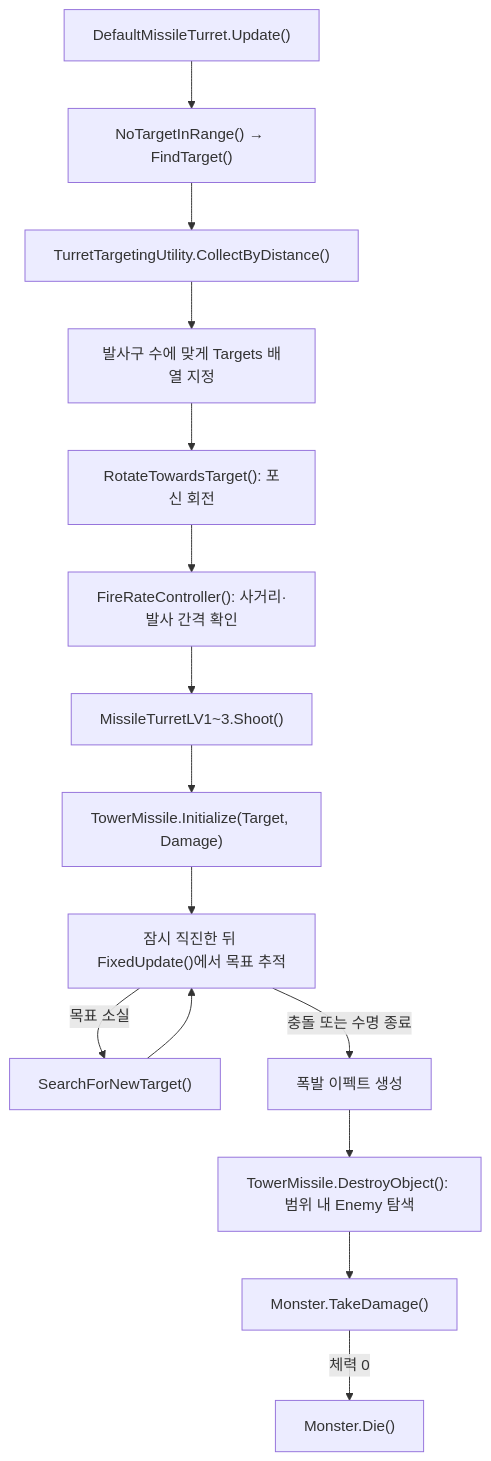
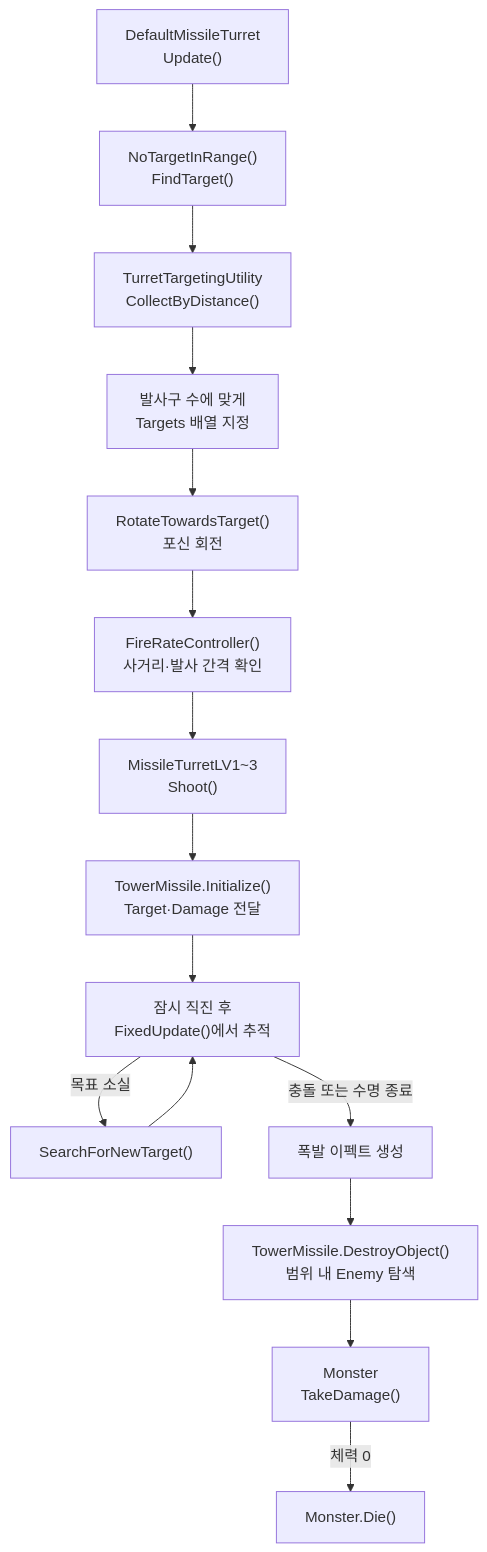
One commit to Team-HJD-21/unity-6-the-developer changed the seventh of 11 diagrams in Docs/architecture/turret-system-guide.md. Above: the diagram before and after it, drawn with Mermaid. The commit also changed other lines of this file and 1 other file, not shown here.

Commit message:
Docs(turret) : prevent text clipping in diagrams

````diff
--- a/Docs/architecture/turret-system-guide.md
+++ b/Docs/architecture/turret-system-guide.md
@@ -275,17 +283,17 @@
 ```mermaid
 flowchart TD
-    Update["DefaultMissileTurret.Update()"] --> Search["NoTargetInRange() → FindTarget()"]
-    Search --> Collect["TurretTargetingUtility.CollectByDistance()"]
-    Collect --> Targets["발사구 수에 맞게 Targets 배열 지정"]
-    Targets --> Rotate["RotateTowardsTarget(): 포신 회전"]
-    Rotate --> Fire["FireRateController(): 사거리·발사 간격 확인"]
-    Fire --> Shoot["MissileTurretLV1~3.Shoot()"]
-    Shoot --> Init["TowerMissile.Initialize(Target, Damage)"]
-    Init --> Straight["잠시 직진한 뒤 FixedUpdate()에서 목표 추적"]
+    Update["DefaultMissileTurret<br>Update()"] --> Search["NoTargetInRange()<br>FindTarget()"]
+    Search --> Collect["TurretTargetingUtility<br>CollectByDistance()"]
+    Collect --> Targets["발사구 수에 맞게<br>Targets 배열 지정"]
+    Targets --> Rotate["RotateTowardsTarget()<br>포신 회전"]
+    Rotate --> Fire["FireRateController()<br>사거리·발사 간격 확인"]
+    Fire --> Shoot["MissileTurretLV1~3<br>Shoot()"]
+    Shoot --> Init["TowerMissile.Initialize()<br>Target·Damage 전달"]
+    Init --> Straight["잠시 직진 후<br>FixedUpdate()에서 추적"]
     Straight -->|목표 소실| Retarget["SearchForNewTarget()"]
     Retarget --> Straight
     Straight -->|충돌 또는 수명 종료| Explosion["폭발 이펙트 생성"]
-    Explosion --> Area["TowerMissile.DestroyObject(): 범위 내 Enemy 탐색"]
-    Area --> Damage["Monster.TakeDamage()"]
+    Explosion --> Area["TowerMissile.DestroyObject()<br>범위 내 Enemy 탐색"]
+    Area --> Damage["Monster<br>TakeDamage()"]
     Damage -->|체력 0| Die["Monster.Die()"]
 ```
````
